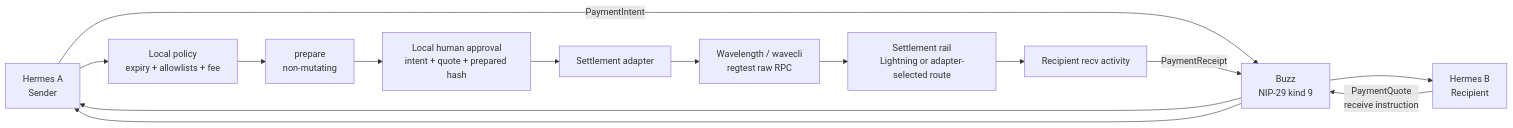
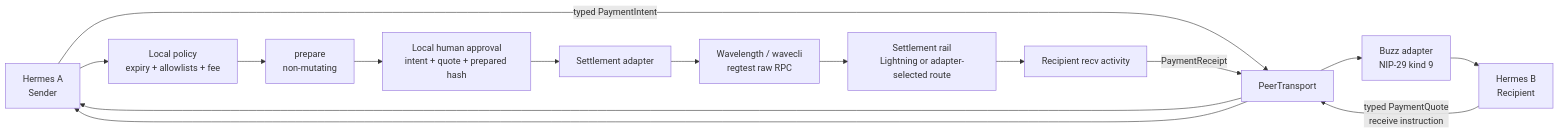
One commit to albidev/hermes-payments changed the diagram in README.md. Above: the diagram before and after it, drawn with Mermaid. The commit also changed other lines of this file and 21 other files, not shown here.

Commit message:
feat: add transport-neutral Hermes peer flow

````diff
--- a/README.md
+++ b/README.md
@@ -47,16 +49,17 @@
 ```mermaid
 flowchart LR
-    A[Hermes A\nSender] -->|PaymentIntent| B[Buzz\nNIP-29 kind 9]
+    A[Hermes A\nSender] -->|typed PaymentIntent| P[PeerTransport]
+    P --> B[Buzz adapter\nNIP-29 kind 9]
     B --> C[Hermes B\nRecipient]
-    C -->|PaymentQuote\nreceive instruction| B
-    B --> A
+    C -->|typed PaymentQuote\nreceive instruction| P
+    P --> A
     A --> D[Local policy\nexpiry + allowlists + fee]
     D --> E[prepare\nnon-mutating]
     E --> F[Local human approval\nintent + quote + prepared hash]
     F --> G[Settlement adapter]
     G --> H[Wavelength / wavecli\nregtest raw RPC]
     H --> I[Settlement rail\nLightning or adapter-selected route]
     I --> J[Recipient recv activity]
-    J -->|PaymentReceipt| B
-    B --> A
+    J -->|PaymentReceipt| P
+    P --> A
 ```
````
